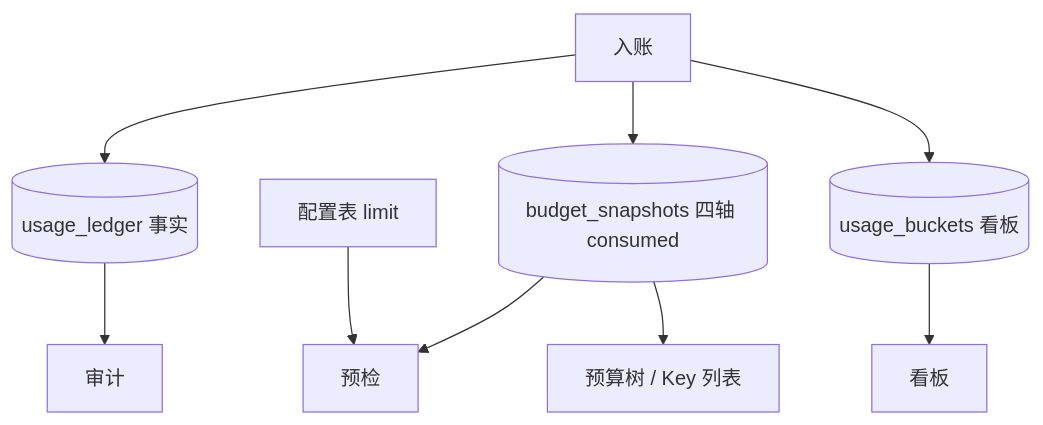
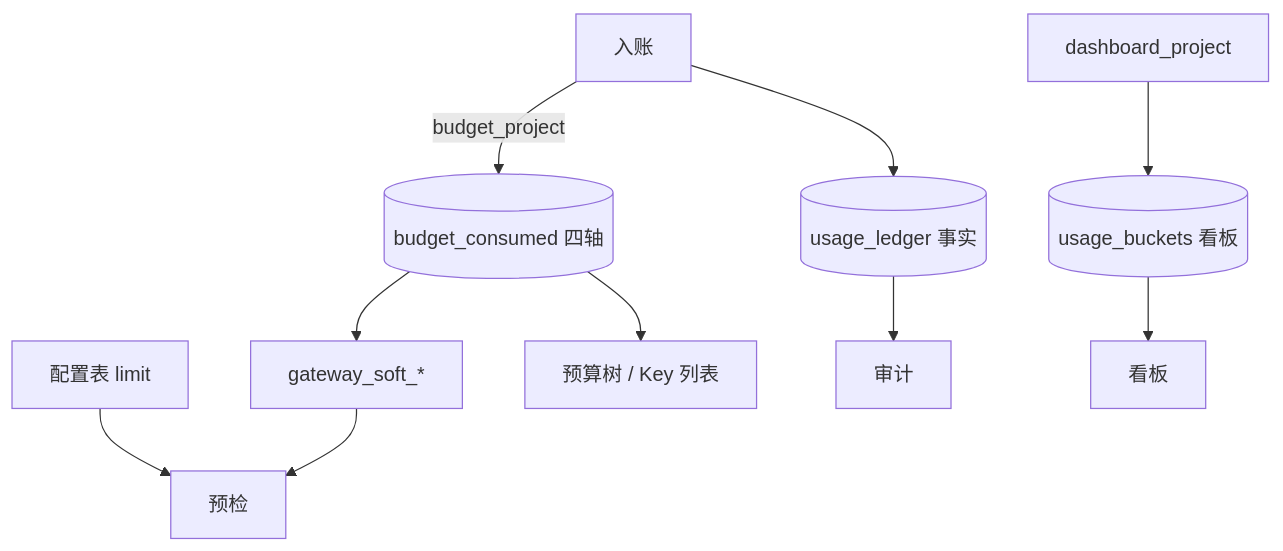
One commit to quyip8818/mytokenjoy changed the sixth of 10 diagrams in docs/Backend-预算.md. Above: the diagram before and after it, drawn with Mermaid. The commit also changed other lines of this file and 16 other files, not shown here.

````diff
--- a/docs/Backend-预算.md
+++ b/docs/Backend-预算.md
@@ -242,13 +252,18 @@
 ```mermaid
 flowchart TB
   UL[(usage_ledger 事实)]
-  BS[(budget_snapshots 四轴 consumed)]
+  BS[(budget_consumed 四轴)]
+  GS[gateway_soft_*]
   UB[(usage_buckets 看板)]
   CFG[配置表 limit]
 
-  ING[入账] --> UL & BS & UB
+  ING[入账] --> UL
+  ING -->|budget_project| BS
+  BS --> GS
+  PER[dashboard_project] --> UB
   CFG --> GW[预检]
-  BS --> GW & UI[预算树 / Key 列表]
+  GS --> GW
+  BS --> UI[预算树 / Key 列表]
   UL --> AUD[审计]
   UB --> DASH[看板]
 ```
````
